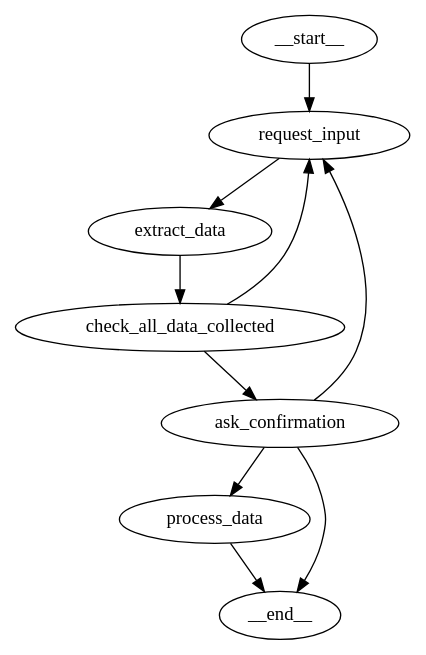
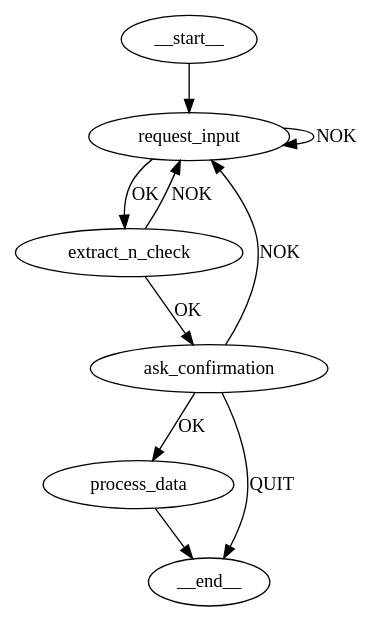
The diagram in workflow.dot (petarkabashki/workflow-automator), drawn with Graphviz before and after one commit. The commit also changed 8 other files, not shown here.

```diff
--- a/workflow.dot
+++ b/workflow.dot
@@ -1,13 +1,14 @@
 
 strict digraph {
     __start__ -> request_input;
-    extract_data -> check_all_data_collected;
-    check_all_data_collected -> request_input;
-    request_input -> extract_data;
+    request_input -> extract_n_check[label="OK"];
+    request_input -> request_input[label="NOK"];
+    // request_input -> __end__[label="QUIT"]
 
-    check_all_data_collected -> ask_confirmation;
-    ask_confirmation -> process_data;
-    ask_confirmation -> request_input;
-    ask_confirmation -> __end__;
+    extract_n_check -> request_input[label="NOK"];
+    extract_n_check -> ask_confirmation[label="OK"];
+    ask_confirmation -> process_data[label="OK"];
+    ask_confirmation -> request_input[label="NOK"];
+    ask_confirmation -> __end__[label="QUIT"];
     process_data -> __end__;
 }
```
